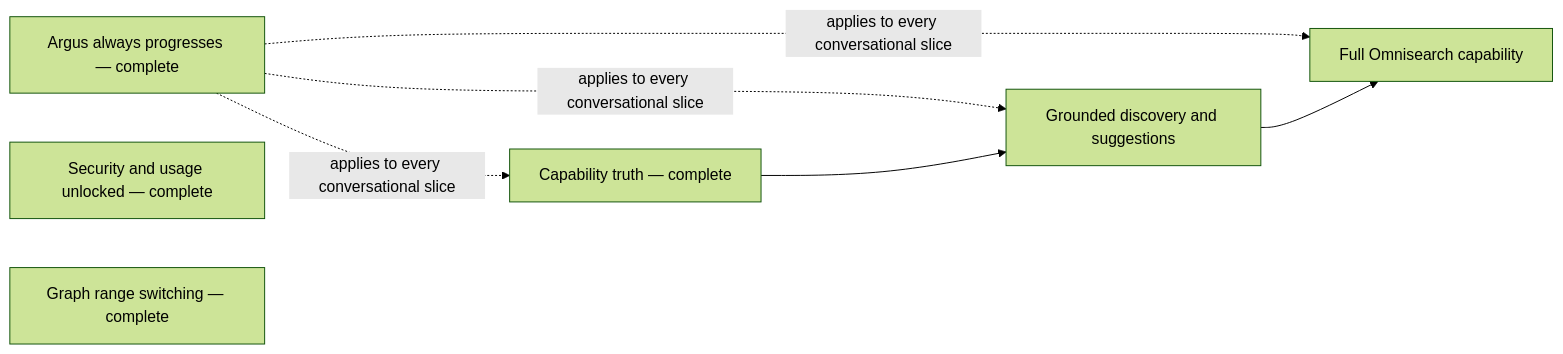
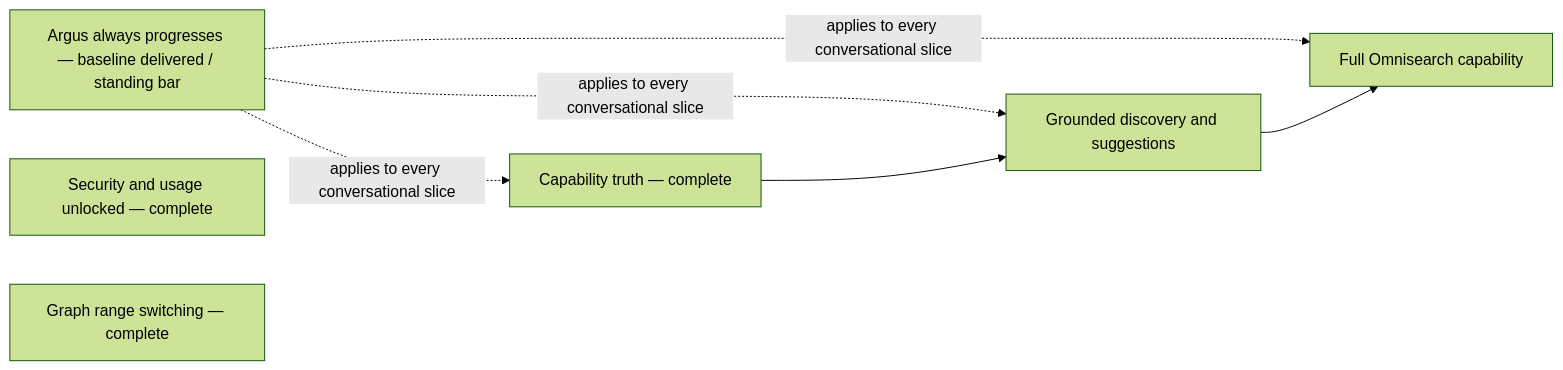
The diagram in docs/specs/private-alpha-interim-roadmap.md (lagarcess/argus), drawn with Mermaid (forest theme) before and after one commit. The commit also changed other lines of this file and 7 other files, not shown here.

Commit message:
docs(roadmap): reconcile continuity evidence

````diff
--- a/docs/specs/private-alpha-interim-roadmap.md
+++ b/docs/specs/private-alpha-interim-roadmap.md
@@ -82,14 +98,14 @@
 ```mermaid
 flowchart LR
-    LIVE["Argus always progresses — complete"]
+    LIVE["Argus always progresses — baseline delivered / standing bar"]
     ACCESS["Security and usage unlocked — complete"]
     RANGE["Graph range switching — complete"]
     TRUTH["Capability truth — complete"]
     DISCOVERY["Grounded discovery and suggestions"]
     OMNI["Full Omnisearch capability"]
 
     LIVE -. "applies to every conversational slice" .-> TRUTH
     LIVE -. "applies to every conversational slice" .-> DISCOVERY
     LIVE -. "applies to every conversational slice" .-> OMNI
     TRUTH --> DISCOVERY --> OMNI
 ```
````
